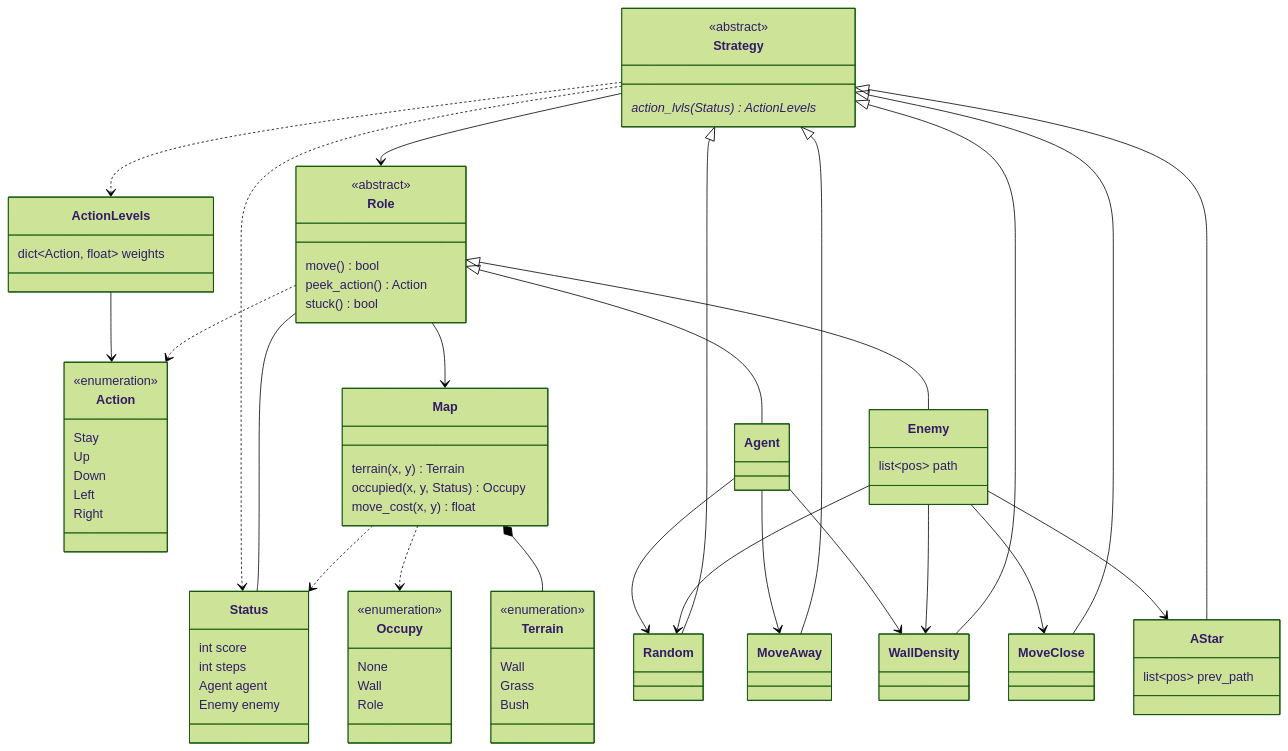
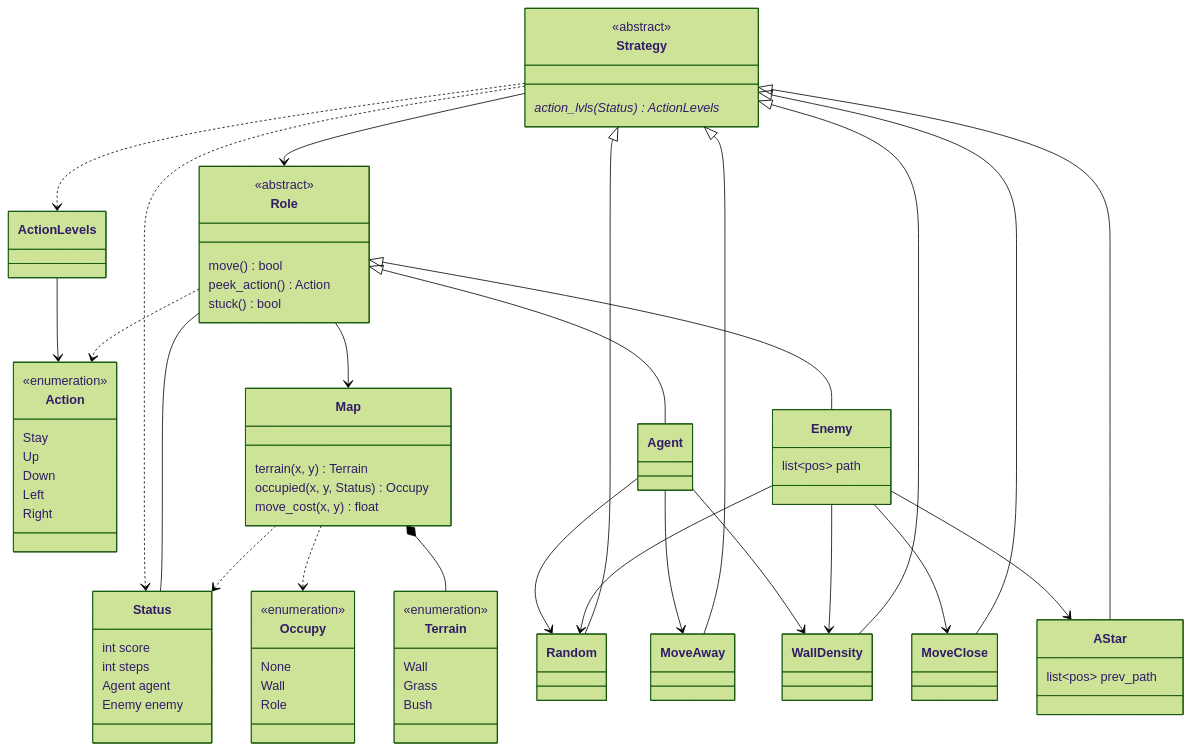
The diagram in README.md (czs108/Chase-AI), drawn with Mermaid (forest theme) before and after one commit.

Commit message:
Docs: Fix the class diagram

```diff
--- a/README.md
+++ b/README.md
@@ -101,10 +101,6 @@
 
 Role <|-- Enemy
 
-class ActionLevels {
-    dict~Action, float~ weights
-}
-
 ActionLevels --> Action
 
 class Strategy {
```
